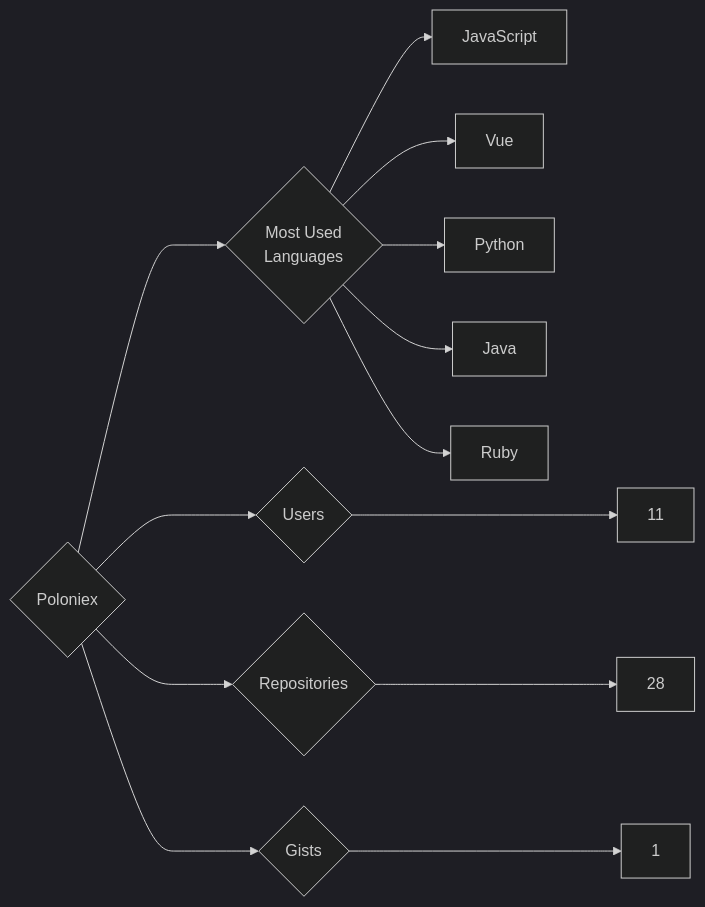
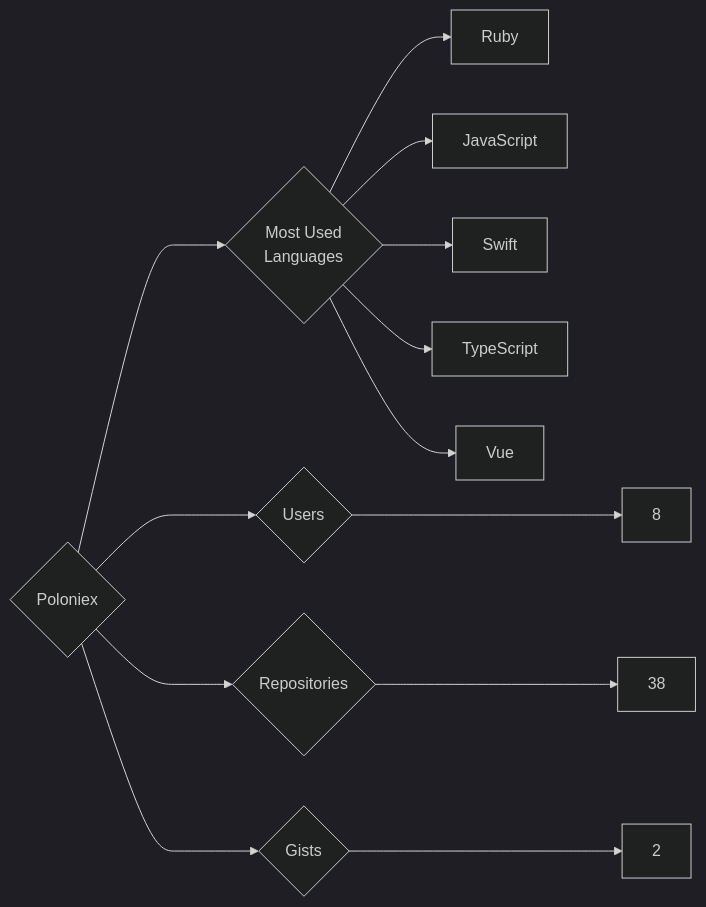
One commit to trickest/insiders changed the diagram in targets/Poloniex/README.md. Above: the diagram before and after it, drawn with Mermaid (dark theme). The commit also changed 1479 other files, not shown here.

````diff
--- a/targets/Poloniex/README.md
+++ b/targets/Poloniex/README.md
@@ -3,13 +3,13 @@
 ```mermaid
 graph LR
 COMPANY_NAME{Poloniex}
-COMPANY_NAME ---> U{Users} ---> UN[11]
-COMPANY_NAME ---> R{Repositories} ---> RN[28]
-COMPANY_NAME ---> G{Gists} ---> GN[1]
+COMPANY_NAME ---> U{Users} ---> UN[8]
+COMPANY_NAME ---> R{Repositories} ---> RN[38]
+COMPANY_NAME ---> G{Gists} ---> GN[2]
 COMPANY_NAME ---> ML{Most Used<br>Languages}
+ML --> Ruby[Ruby]
 ML --> JavaScript[JavaScript]
+ML --> Swift[Swift]
+ML --> TypeScript[TypeScript]
 ML --> Vue[Vue]
-ML --> Python[Python]
-ML --> Java[Java]
-ML --> Ruby[Ruby]
 ```
````
